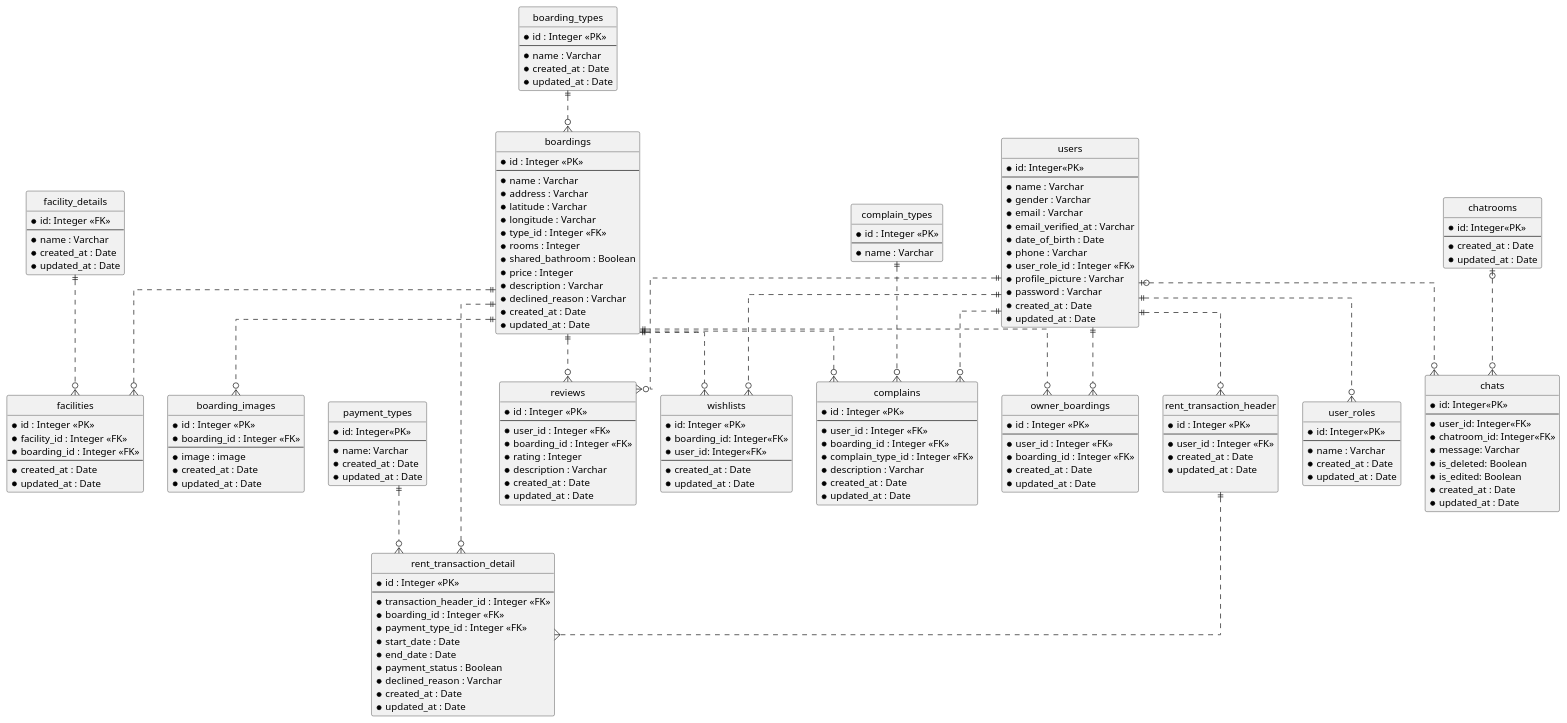
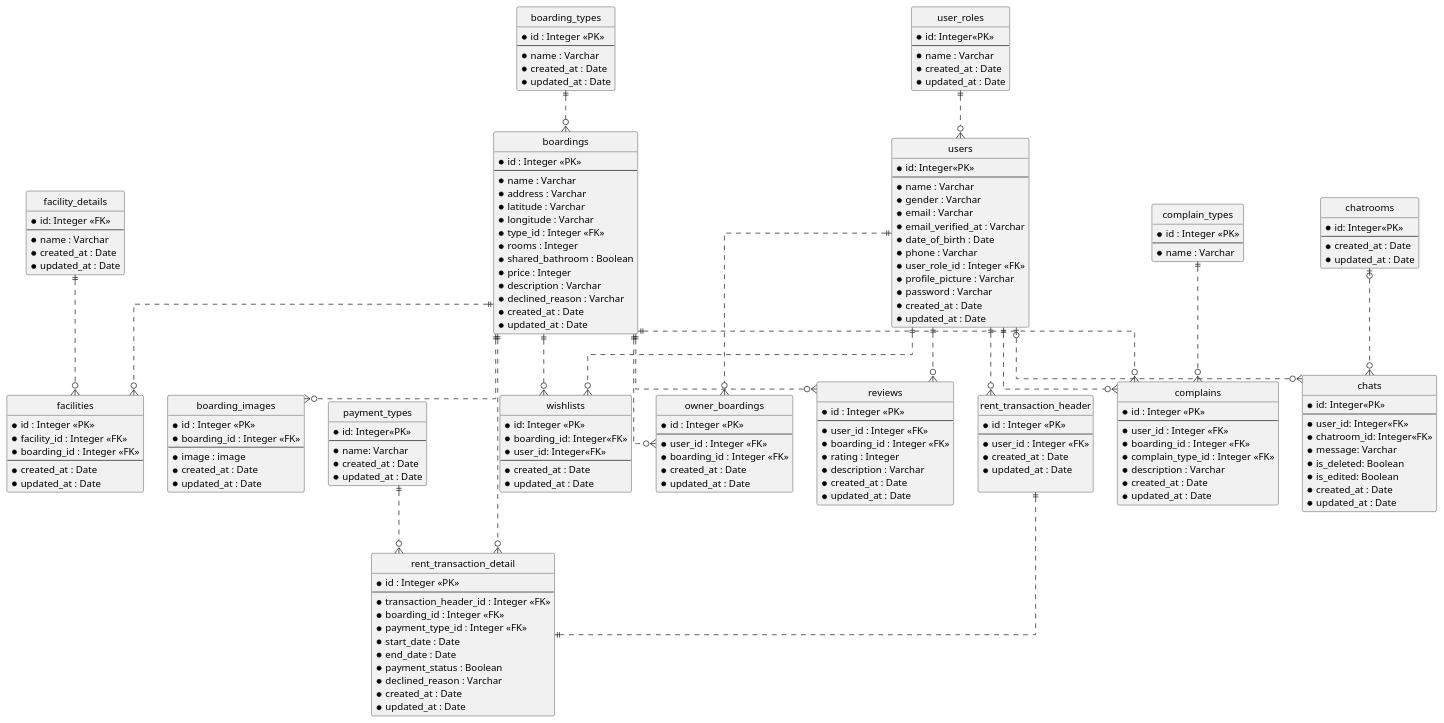
One commit to AntWort21/BHFMS changed the diagram in Design/BHFMS_ERD.puml. Above: the diagram before and after it, drawn with PlantUML.

Commit message:
Update ERD
Change user role to one-to-many with user.
Change rent transaction header to one-to-one with rent transaction detail.

```diff
--- a/Design/BHFMS_ERD.puml
+++ b/Design/BHFMS_ERD.puml
@@ -179,14 +179,14 @@
   *updated_at : Date
 }
 
-usr ||..o{ usrl
+usrl ||..o{usr
 bh ||..o{ bhi
 bh ||..o{ f
 fd ||..o{ f
 
 usr ||..o{ rt
 bh ||..o{ rtd
-rt ||..{rtd
+rt ||..||rtd
 pymnt ||..o{ rtd
 
 usr ||..o{ lobh
```
